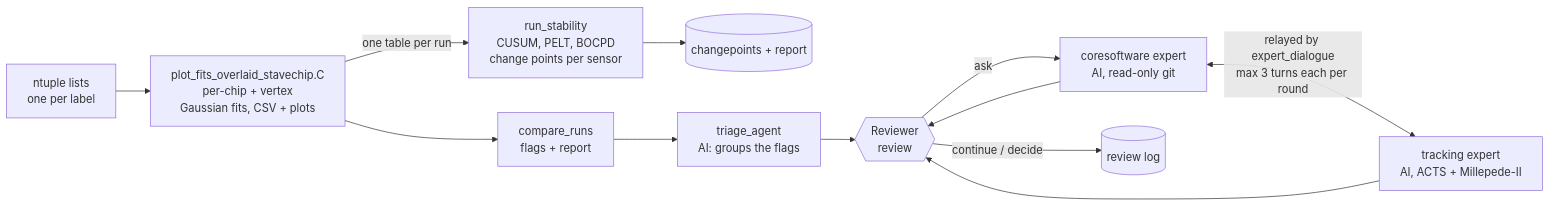
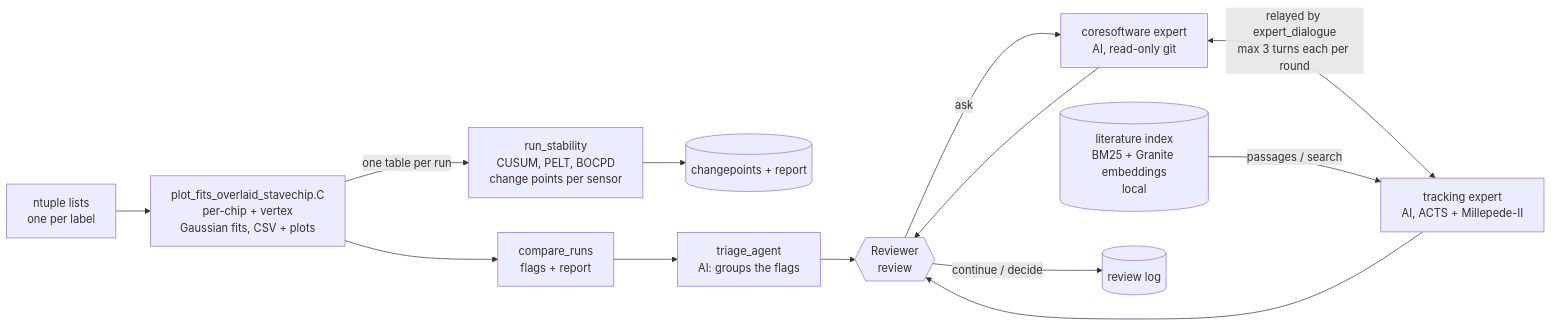
The first of 2 diagrams in README.md (adityadash54/saga-silicon-alignment), drawn with Mermaid before and after one commit. The commit also changed other lines of this file and 1 other file, not shown here.

First line of the commit message:
Document the literature retrieval architecture

````diff
--- a/README.md
+++ b/README.md
@@ -90,14 +94,15 @@
 ```mermaid
 flowchart LR
   L[ntuple lists<br/>one per label] --> F[plot_fits_overlaid_stavechip.C<br/>per-chip + vertex<br/>Gaussian fits, CSV + plots]
   F --> C[compare_runs<br/>flags + report]
   F -- one table per run --> S[run_stability<br/>CUSUM, PELT, BOCPD<br/>change points per sensor]
   S --> SR[(changepoints + report)]
   C --> T[triage_agent<br/>AI: groups the flags]
   T --> R{{Reviewer<br/>review}}
   R -- ask --> X[coresoftware expert<br/>AI, read-only git]
   X <-->|relayed by expert_dialogue<br/>max 3 turns each per round| Y[tracking expert<br/>AI, ACTS + Millepede-II]
+  LI[(literature index<br/>BM25 + Granite embeddings<br/>local)] -- passages / search --> Y
   X --> R
   Y --> R
   R -- continue / decide --> G[(review log)]
 ```
````
